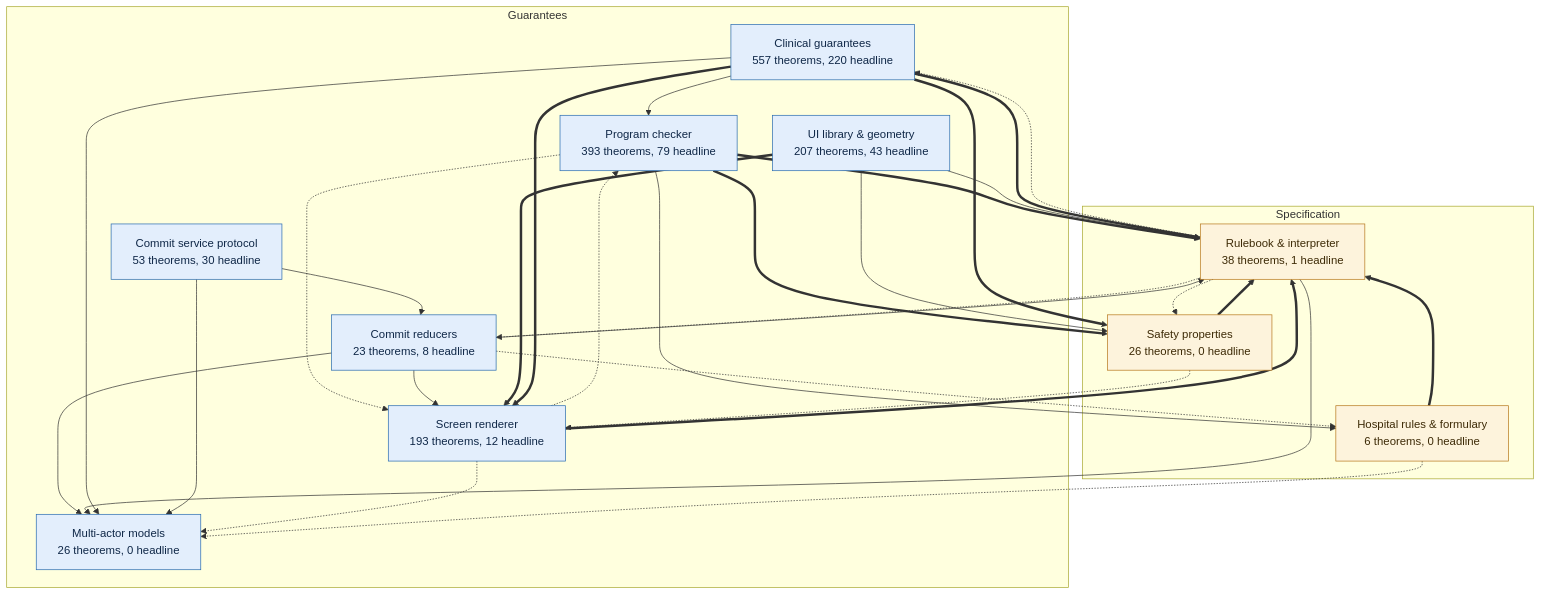
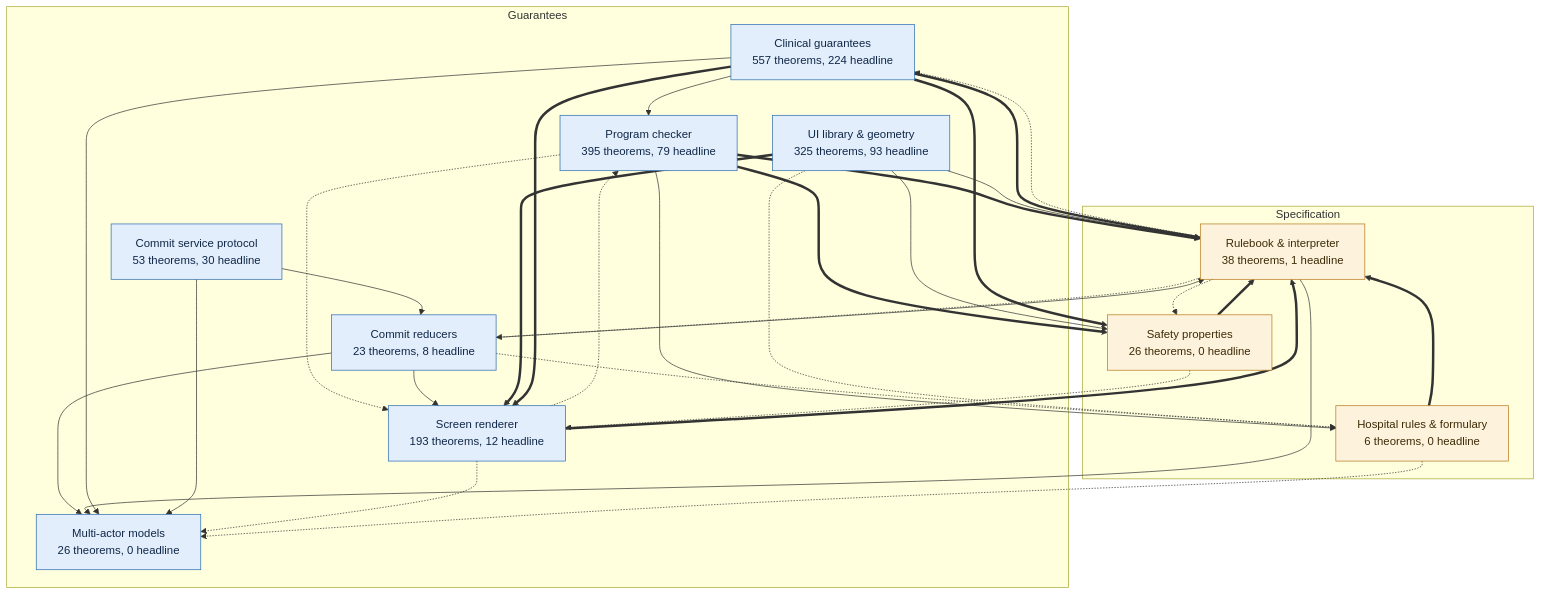
One commit to saithat/VGI-Health changed the first of 10 diagrams in docs/proof-map.md. Above: the diagram before and after it, drawn with Mermaid. The commit also changed other lines of this file and 35 other files, not shown here.

````diff
--- a/docs/proof-map.md
+++ b/docs/proof-map.md
@@ -15,48 +15,49 @@
 ```mermaid
 flowchart TB
   subgraph guar_g["Guarantees"]
-    proofs["Clinical guarantees<br/>557 theorems, 220 headline"]:::guar
-    check["Program checker<br/>393 theorems, 79 headline"]:::guar
+    proofs["Clinical guarantees<br/>557 theorems, 224 headline"]:::guar
+    check["Program checker<br/>395 theorems, 79 headline"]:::guar
     render["Screen renderer<br/>193 theorems, 12 headline"]:::guar
-    layout["UI library &amp; geometry<br/>207 theorems, 43 headline"]:::guar
+    layout["UI library &amp; geometry<br/>325 theorems, 93 headline"]:::guar
     commit["Commit reducers<br/>23 theorems, 8 headline"]:::guar
     protocol["Commit service protocol<br/>53 theorems, 30 headline"]:::guar
     multi["Multi-actor models<br/>26 theorems, 0 headline"]:::guar
   end
   subgraph spec_g["Specification"]
     core["Rulebook &amp; interpreter<br/>38 theorems, 1 headline"]:::spec
     props["Safety properties<br/>26 theorems, 0 headline"]:::spec
     specs["Hospital rules &amp; formulary<br/>6 theorems, 0 headline"]:::spec
   end
   check ==> core
   check ==> props
   check -.-> render
   check --> specs
   commit --> core
   commit --> multi
   commit --> render
   commit -.-> specs
   core -.-> commit
   core --> multi
   core -.-> proofs
   core -.-> props
   layout --> core
   layout --> props
   layout ==> render
+  layout -.-> specs
   proofs --> check
   proofs ==> core
   proofs --> multi
   proofs ==> props
   proofs ==> render
   props ==> core
   props -.-> render
   protocol --> commit
   protocol --> multi
   render -.-> check
   render ==> core
   render -.-> multi
   specs ==> core
   specs -.-> multi
   classDef spec fill:#fdf3dc,stroke:#b7791f,color:#3d2a06
   classDef guar fill:#e3eefc,stroke:#2b6cb0,color:#0f2747
 ```
````
